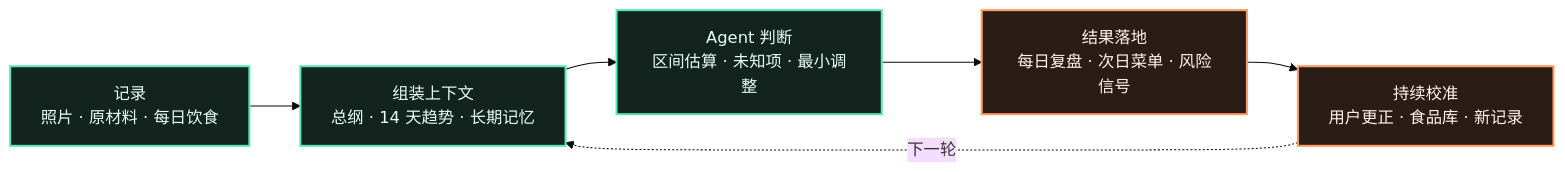
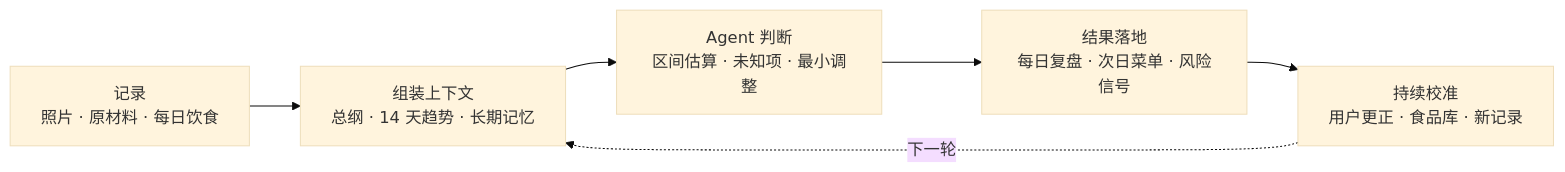
One commit to QianQIUlp/meal-circuit changed the diagram in README.md. Above: the diagram before and after it, drawn with Mermaid (base theme). The commit also changed other lines of this file and 30 other files, not shown here.

````diff
--- a/README.md
+++ b/README.md
@@ -55,13 +42,9 @@
 ```mermaid
 flowchart LR
     A["记录<br/>照片 · 原材料 · 每日饮食"] --> B["组装上下文<br/>总纲 · 14 天趋势 · 长期记忆"]
     B --> C["Agent 判断<br/>区间估算 · 未知项 · 最小调整"]
     C --> D["结果落地<br/>每日复盘 · 次日菜单 · 风险信号"]
     D --> E["持续校准<br/>用户更正 · 食品库 · 新记录"]
     E -. 下一轮 .-> B
 
-    classDef primary fill:#13231e,stroke:#59e6b5,color:#e7fff6,stroke-width:2px;
-    classDef warm fill:#2a1d16,stroke:#ff9b62,color:#fff4ec,stroke-width:2px;
-    class A,B,C primary;
-    class D,E warm;
 ```
````
